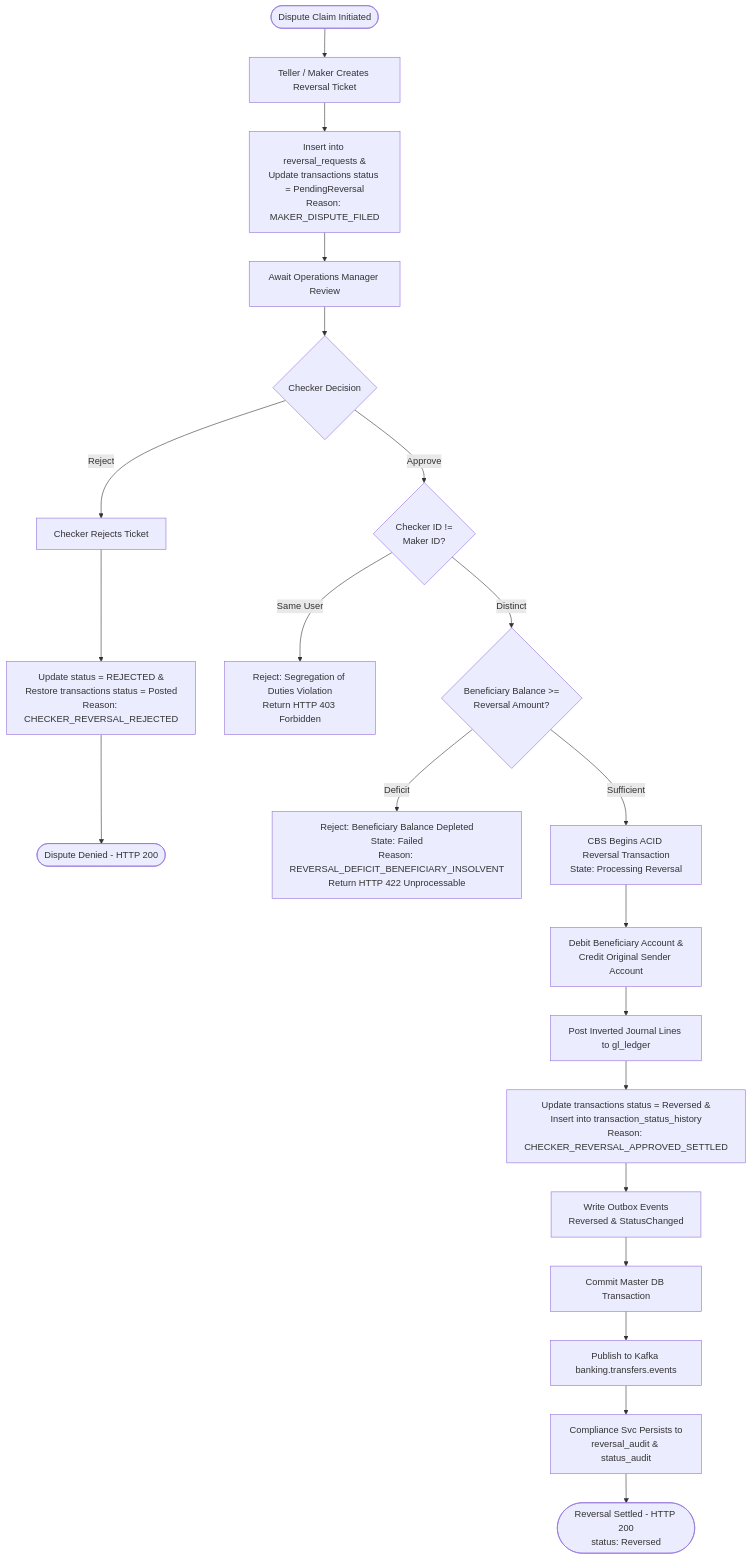
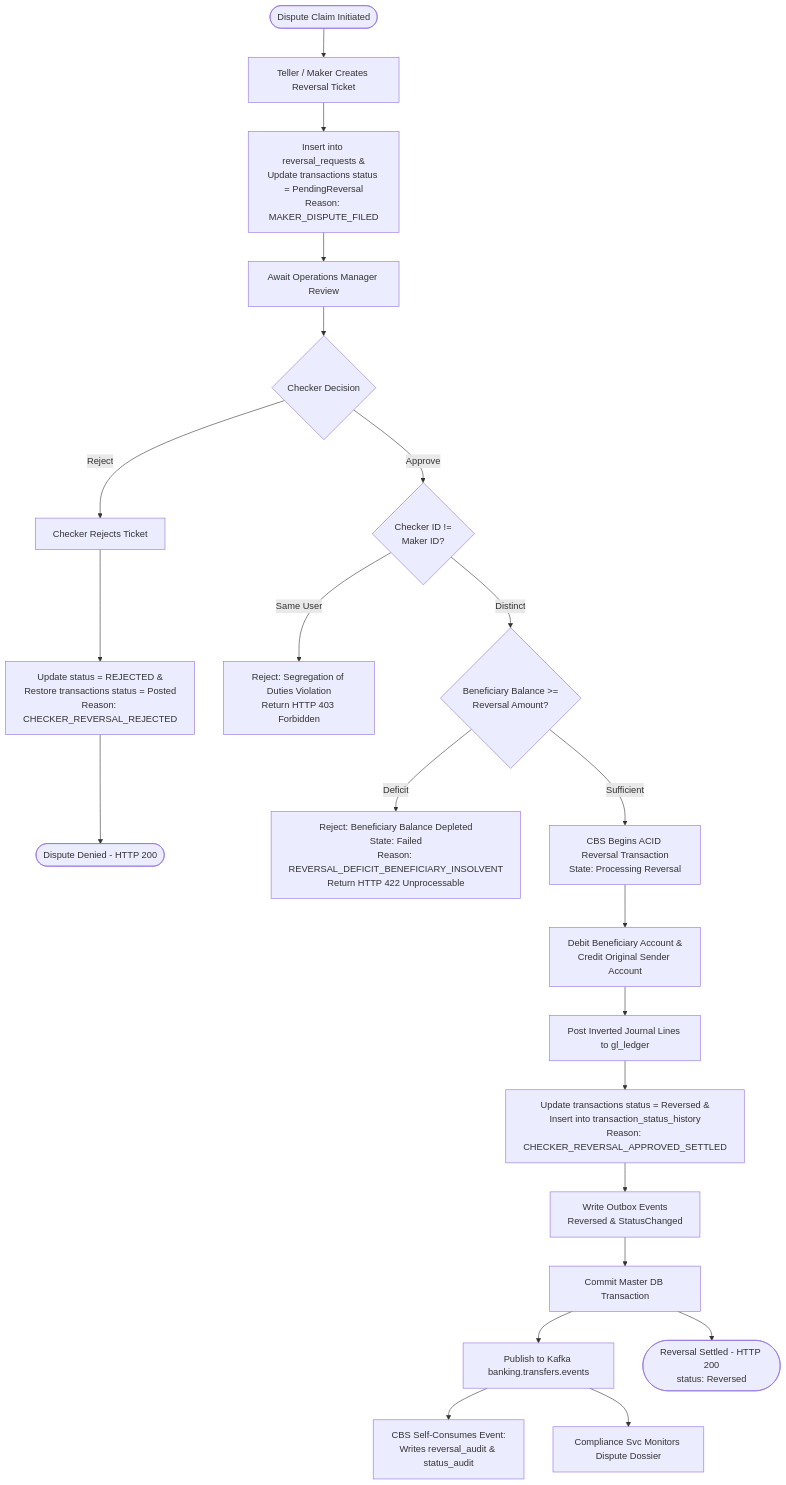
Before and after one commit to romzelmadidev/group3_fse_capstone: diagram 24 of 27 in docs/architecture/TARGET_ARCHITECTURE_TRANSITION_DESIGN.md, drawn with Mermaid. The commit also changed other lines of this file and 1 other file, not shown here.

````diff
--- a/docs/architecture/TARGET_ARCHITECTURE_TRANSITION_DESIGN.md
+++ b/docs/architecture/TARGET_ARCHITECTURE_TRANSITION_DESIGN.md
@@ -993,27 +1149,28 @@
 ```mermaid
 flowchart TD
     Start([Dispute Claim Initiated]) --> MakerCreate[Teller / Maker Creates Reversal Ticket]
     MakerCreate --> RecordTicket[Insert into reversal_requests &<br/>Update transactions status = PendingReversal<br/>Reason: MAKER_DISPUTE_FILED]
     RecordTicket --> WaitChecker[Await Operations Manager Review]
 
     WaitChecker --> CheckerAction{Checker Decision}
     CheckerAction -- Reject --> CheckerReject[Checker Rejects Ticket]
     CheckerReject --> UpdateRej[Update status = REJECTED &<br/>Restore transactions status = Posted<br/>Reason: CHECKER_REVERSAL_REJECTED]
     UpdateRej --> EndRej([Dispute Denied - HTTP 200])
 
     CheckerAction -- Approve --> VerifyDual{Checker ID !=<br/>Maker ID?}
     VerifyDual -- Same User --> BlockSeg[Reject: Segregation of Duties Violation<br/>Return HTTP 403 Forbidden]
     VerifyDual -- Distinct --> CheckBenSolv{Beneficiary Balance >=<br/>Reversal Amount?}
 
     CheckBenSolv -- Deficit --> BenFail[Reject: Beneficiary Balance Depleted<br/>State: Failed<br/>Reason: REVERSAL_DEFICIT_BENEFICIARY_INSOLVENT<br/>Return HTTP 422 Unprocessable]
     CheckBenSolv -- Sufficient --> BeginReversal[CBS Begins ACID Reversal Transaction<br/>State: Processing Reversal]
 
     BeginReversal --> MutateCompensating[Debit Beneficiary Account &<br/>Credit Original Sender Account]
     MutateCompensating --> ReverseGL[Post Inverted Journal Lines to gl_ledger]
     ReverseGL --> MarkReversed[Update transactions status = Reversed &<br/>Insert into transaction_status_history<br/>Reason: CHECKER_REVERSAL_APPROVED_SETTLED]
     MarkReversed --> OutboxRev[Write Outbox Events<br/>Reversed & StatusChanged]
     OutboxRev --> CommitRev[Commit Master DB Transaction]
     CommitRev --> KafkaRev[Publish to Kafka banking.transfers.events]
-    KafkaRev --> ArchiveRev[Compliance Svc Persists to<br/>reversal_audit & status_audit]
-    ArchiveRev --> EndAppr([Reversal Settled - HTTP 200<br/>status: Reversed])
+    KafkaRev --> AsyncRevAudit[CBS Self-Consumes Event:<br/>Writes reversal_audit & status_audit]
+    KafkaRev --> AsyncRevComp[Compliance Svc Monitors Dispute Dossier]
+    CommitRev --> EndAppr([Reversal Settled - HTTP 200<br/>status: Reversed])
 ```
````
